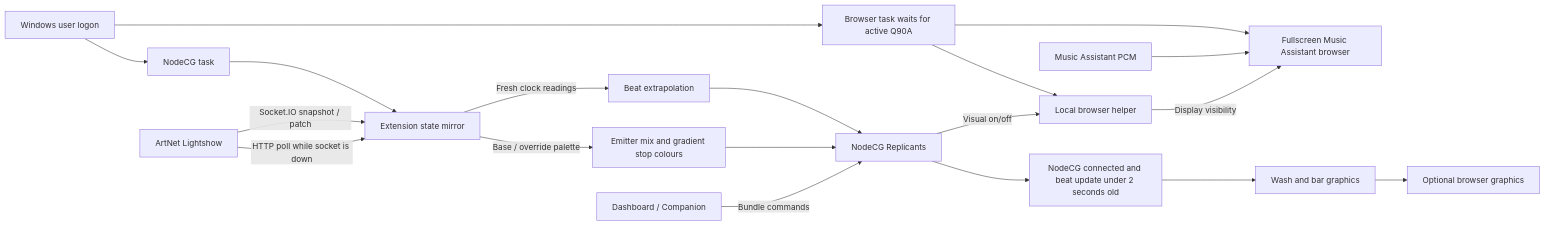
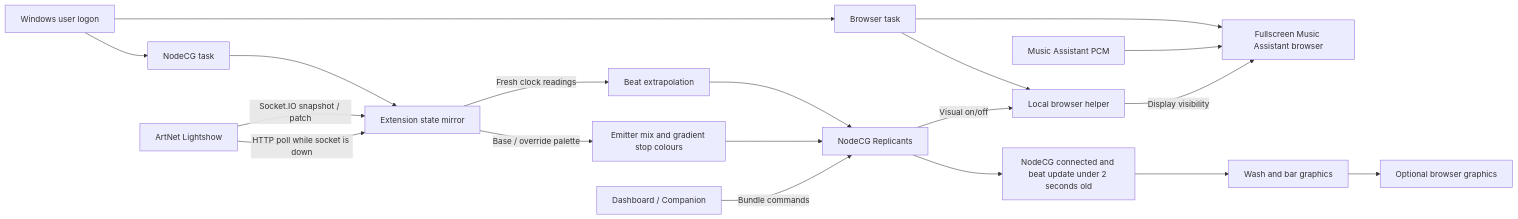
The diagram in README.md (tyclab/party-visuals), drawn with Mermaid before and after one commit. The commit also changed other lines of this file and 2 other files, not shown here.

First line of the commit message:
feat: open the visuals browser on any screen

````diff
--- a/README.md
+++ b/README.md
@@ -268,21 +267,21 @@
 ```mermaid
 flowchart LR
   Logon[Windows user logon] --> NodeTask[NodeCG task]
   NodeTask --> Mirror
-  Logon --> BrowserTask[Browser task waits for active Q90A]
+  Logon --> BrowserTask[Browser task]
   BrowserTask --> Browser[Fullscreen Music Assistant browser]
   Music[Music Assistant PCM] --> Browser
   BrowserTask --> Helper[Local browser helper]
   Replicants -->|Visual on/off| Helper
   Helper -->|Display visibility| Browser
   Lightshow[ArtNet Lightshow] -->|Socket.IO snapshot / patch| Mirror[Extension state mirror]
   Lightshow -->|HTTP poll while socket is down| Mirror
   Mirror -->|Fresh clock readings| Clock[Beat extrapolation]
   Mirror -->|Base / override palette| Colours[Emitter mix and gradient stop colours]
   Clock --> Replicants[NodeCG Replicants]
   Colours --> Replicants
   Replicants --> Fresh[NodeCG connected and beat update under 2 seconds old]
   Fresh --> Graphics[Wash and bar graphics]
   Graphics --> Optional[Optional browser graphics]
   Controls[Dashboard / Companion] -->|Bundle commands| Replicants
 ```
````
